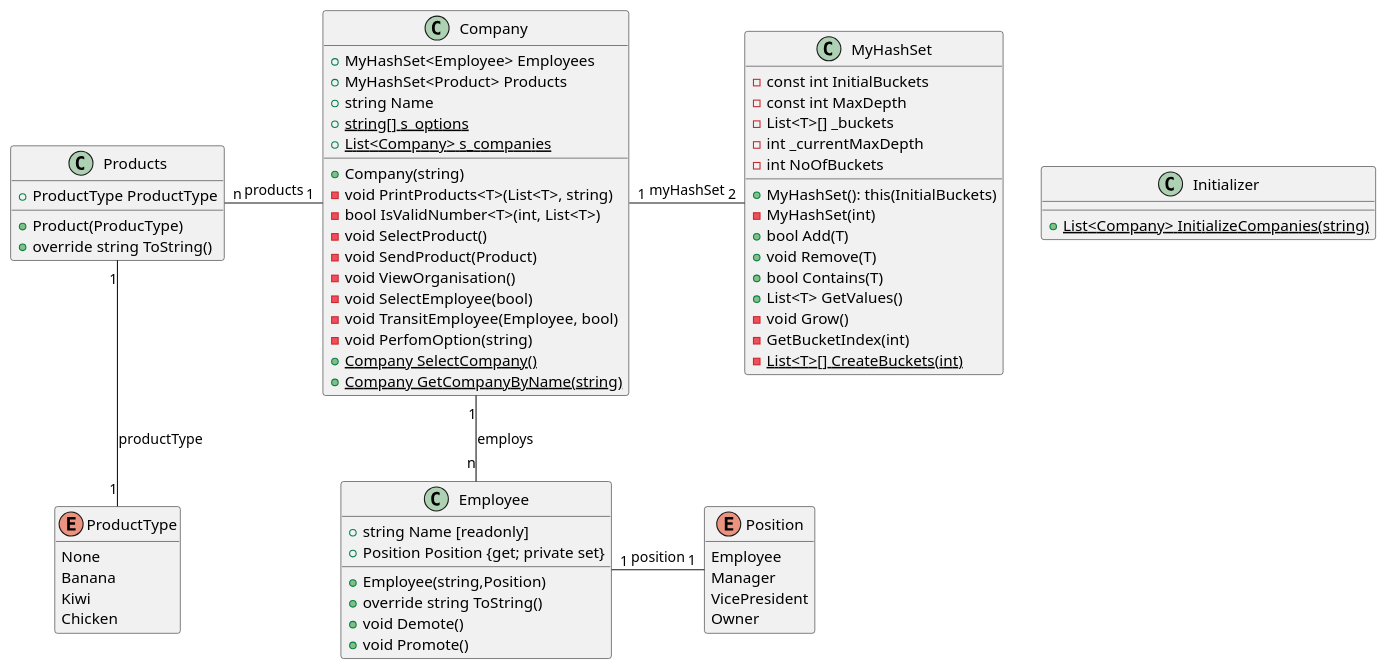
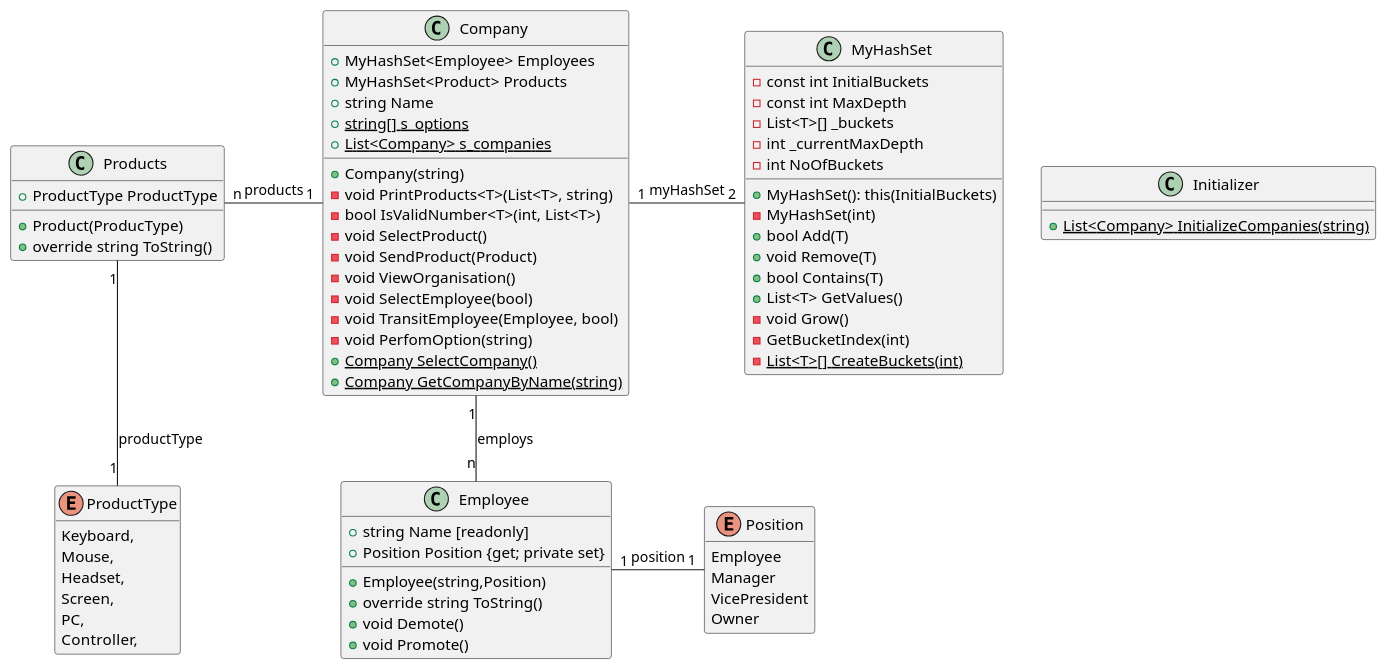
One commit to jkatsanis/CompanyManager changed the diagram in README.adoc. Above: the diagram before and after it, drawn with PlantUML. The commit also changed other lines of this file and 384 other files, not shown here.

```diff
--- a/README.adoc
+++ b/README.adoc
@@ -31,10 +31,12 @@
 }
 
 enum ProductType {
-    None
-    Banana
-    Kiwi
-    Chicken
+    Keyboard,
+    Mouse,
+    Headset,
+    Screen,
+    PC,
+    Controller,
 }
 
 class MyHashSet {
```
